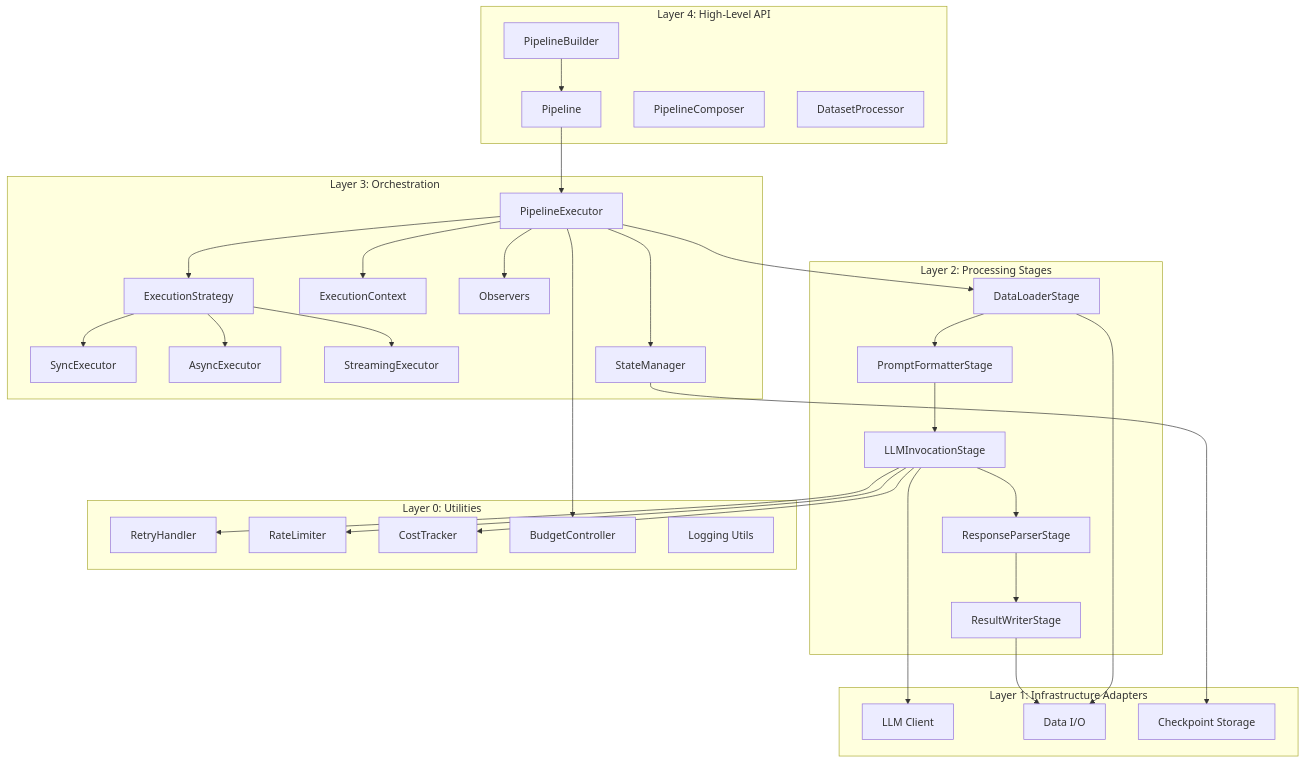
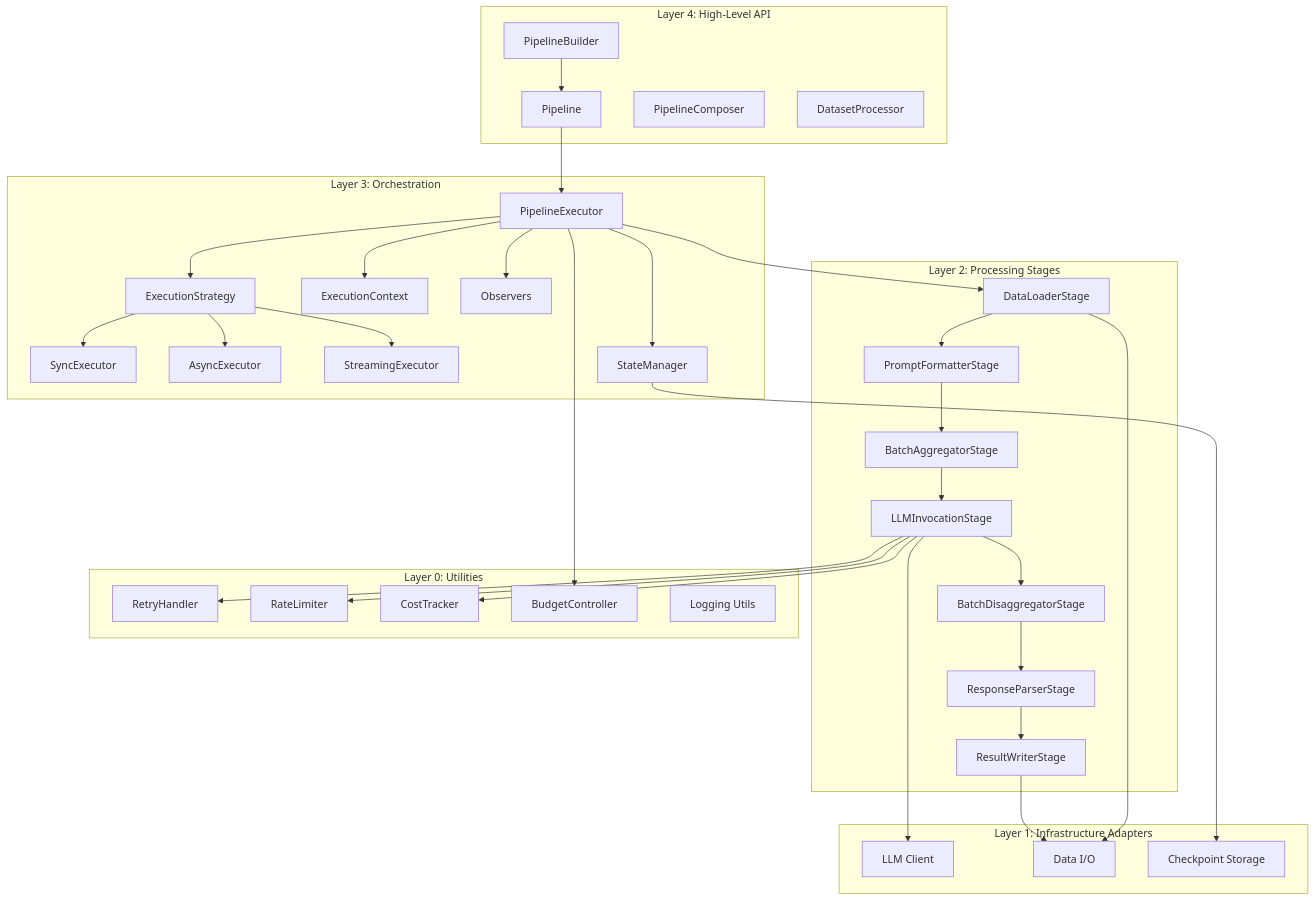
The first of 2 diagrams in docs/architecture/technical-reference.md (ptimizeroracle/ondine), drawn with Mermaid before and after one commit. The commit also changed other lines of this file and 38 other files, not shown here.

````diff
--- a/docs/architecture/technical-reference.md
+++ b/docs/architecture/technical-reference.md
@@ -41,65 +41,69 @@
 ```mermaid
 graph TB
     subgraph "Layer 4: High-Level API"
         API[Pipeline]
         Builder[PipelineBuilder]
         Composer[PipelineComposer]
         Processor[DatasetProcessor]
     end
 
     subgraph "Layer 3: Orchestration"
         Executor[PipelineExecutor]
         Strategy[ExecutionStrategy]
         SyncExec[SyncExecutor]
         AsyncExec[AsyncExecutor]
         StreamExec[StreamingExecutor]
         Context[ExecutionContext]
         StateManager[StateManager]
         Observers[Observers]
     end
 
     subgraph "Layer 2: Processing Stages"
         DataLoader[DataLoaderStage]
         PromptFormatter[PromptFormatterStage]
+        BatchAgg[BatchAggregatorStage]
         LLMInvocation[LLMInvocationStage]
+        BatchDisagg[BatchDisaggregatorStage]
         ResponseParser[ResponseParserStage]
         ResultWriter[ResultWriterStage]
     end
 
     subgraph "Layer 1: Infrastructure Adapters"
         LLMClient[LLM Client]
         DataIO[Data I/O]
         Checkpoint[Checkpoint Storage]
     end
 
     subgraph "Layer 0: Utilities"
         Retry[RetryHandler]
         RateLimit[RateLimiter]
         Cost[CostTracker]
         Budget[BudgetController]
         Logging[Logging Utils]
     end
 
     API --> Executor
     Builder --> API
     Executor --> Strategy
     Strategy --> SyncExec
     Strategy --> AsyncExec
     Strategy --> StreamExec
     Executor --> Context
     Executor --> StateManager
     Executor --> Observers
     Executor --> DataLoader
     DataLoader --> PromptFormatter
-    PromptFormatter --> LLMInvocation
-    LLMInvocation --> ResponseParser
+    PromptFormatter --> BatchAgg
+    BatchAgg --> LLMInvocation
+    LLMInvocation --> BatchDisagg
+    BatchDisagg --> ResponseParser
     ResponseParser --> ResultWriter
     LLMInvocation --> LLMClient
     DataLoader --> DataIO
     ResultWriter --> DataIO
     StateManager --> Checkpoint
     LLMInvocation --> Retry
     LLMInvocation --> RateLimit
     LLMInvocation --> Cost
     Executor --> Budget
 ```
````
